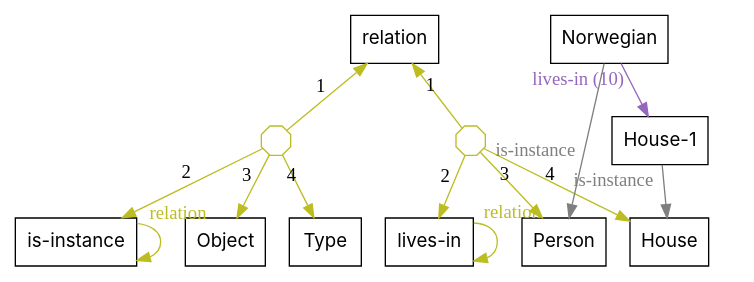
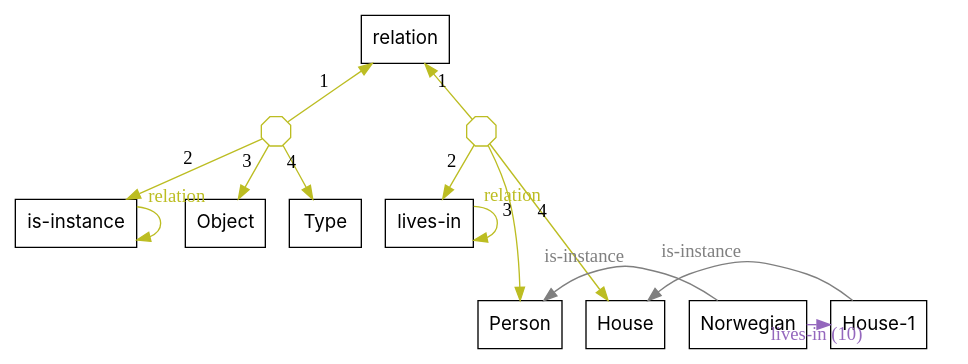
One commit to agutikov/ein changed the diagram in docs/ein/user/03-syntax-and-semantics/diagrams/01-program-kb-fold.dot. Above: the diagram before and after it, drawn with Graphviz. The commit also changed 29 other files, not shown here.

```diff
--- a/docs/ein/user/03-syntax-and-semantics/diagrams/01-program-kb-fold.dot
+++ b/docs/ein/user/03-syntax-and-semantics/diagrams/01-program-kb-fold.dot
@@ -1,28 +1,31 @@
 digraph kb {
   rankdir=TB;
   ranksep=0.55;
   node [fontname="Inter", shape=box];
   f_d3022860ca [shape=octagon, label="", width=0.3, height=0.3, fixedsize=true, color="#bcbd22", fontcolor="#bcbd22", style=solid];
   "relation" -> f_d3022860ca [xlabel="1", dir=back, color="#bcbd22", style=solid];
   f_d3022860ca -> "is-instance" [xlabel="2", color="#bcbd22", style=solid];
   f_d3022860ca -> "Object" [xlabel="3", color="#bcbd22", style=solid];
   f_d3022860ca -> "Type" [xlabel="4", color="#bcbd22", style=solid];
-  "is-instance" -> "is-instance" [xlabel="relation", color="#bcbd22", fontcolor="#bcbd22", style=solid];
+  "is-instance" -> "is-instance" [xlabel="relation", color="#bcbd22", fontcolor="#bcbd22", style=solid, constraint=false];
   f_37791a66b1 [shape=octagon, label="", width=0.3, height=0.3, fixedsize=true, color="#bcbd22", fontcolor="#bcbd22", style=solid];
   "relation" -> f_37791a66b1 [xlabel="1", dir=back, color="#bcbd22", style=solid];
   f_37791a66b1 -> "lives-in" [xlabel="2", color="#bcbd22", style=solid];
   f_37791a66b1 -> "Person" [xlabel="3", color="#bcbd22", style=solid];
   f_37791a66b1 -> "House" [xlabel="4", color="#bcbd22", style=solid];
-  "lives-in" -> "lives-in" [xlabel="relation", color="#bcbd22", fontcolor="#bcbd22", style=solid];
-  "Norwegian" -> "Person" [xlabel="is-instance", color="#7f7f7f", fontcolor="#7f7f7f", style=solid];
-  "House-1" -> "House" [xlabel="is-instance", color="#7f7f7f", fontcolor="#7f7f7f", style=solid];
-  "Norwegian" -> "House-1" [xlabel="lives-in (10)", color="#9467bd", fontcolor="#9467bd", style=solid];
+  "lives-in" -> "lives-in" [xlabel="relation", color="#bcbd22", fontcolor="#bcbd22", style=solid, constraint=false];
+  "Norwegian" -> "Person" [xlabel="is-instance", color="#7f7f7f", fontcolor="#7f7f7f", style=solid, constraint=false];
+  "House-1" -> "House" [xlabel="is-instance", color="#7f7f7f", fontcolor="#7f7f7f", style=solid, constraint=false];
+  "Norwegian" -> "House-1" [xlabel="lives-in (10)", color="#9467bd", fontcolor="#9467bd", style=solid, constraint=false];
   "layer 0" [style=invis, label="", width=0, height=0, fixedsize=true];
   "layer 1" [style=invis, label="", width=0, height=0, fixedsize=true];
   "layer 2" [style=invis, label="", width=0, height=0, fixedsize=true];
+  "layer 3" [style=invis, label="", width=0, height=0, fixedsize=true];
   "layer 0" -> "layer 1" [style=invis];
   "layer 1" -> "layer 2" [style=invis];
+  "layer 2" -> "layer 3" [style=invis];
   { rank=same; "layer 0"; "relation"; }
   { rank=same; "layer 1"; f_d3022860ca; f_37791a66b1; }
-  { rank=same; "layer 2"; "is-instance"; "Object"; "Type"; "lives-in"; "Person"; "House"; }
+  { rank=same; "layer 2"; "is-instance"; "Object"; "Type"; "lives-in"; }
+  { rank=same; "layer 3"; "Person"; "House"; "Norwegian"; "House-1"; }
 }
```
